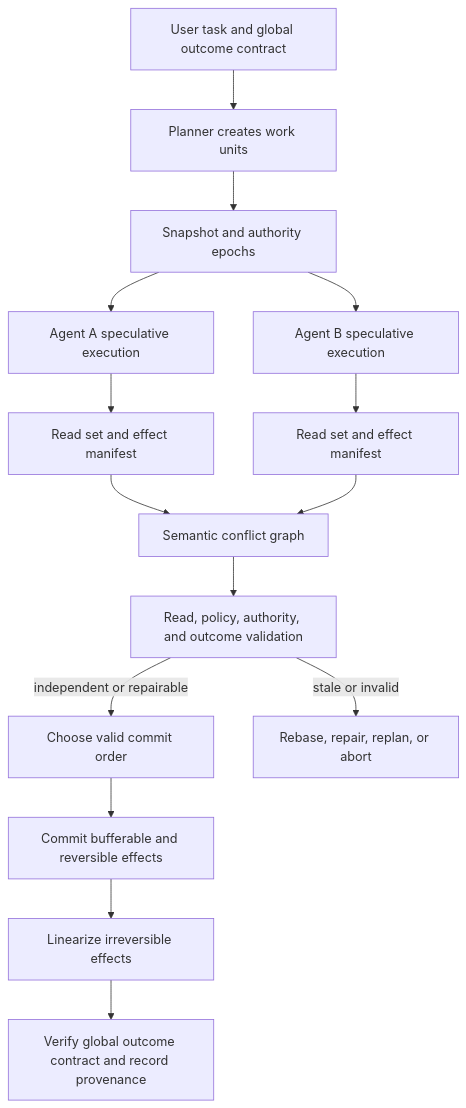
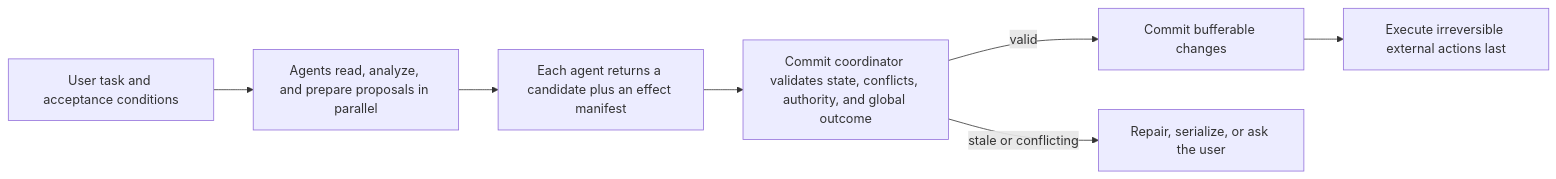
Before and after one commit to eunomia-bpf/eunomia.dev: the diagram in docs/research/parallel-agent-effect-serializability.md, drawn with Mermaid. The commit also changed other lines of this file, not shown here.

Commit message:
Rewrite English parallel agent research for readers

````diff
--- a/docs/research/parallel-agent-effect-serializability.md
+++ b/docs/research/parallel-agent-effect-serializability.md
@@ -245,17 +111,9 @@
 ```mermaid
-flowchart TD
-    U[User task and global outcome contract] --> P[Planner creates work units]
-    P --> X[Snapshot and authority epochs]
-    X --> A[Agent A speculative execution]
-    X --> B[Agent B speculative execution]
-    A --> EA[Read set and effect manifest]
-    B --> EB[Read set and effect manifest]
-    EA --> G[Semantic conflict graph]
-    EB --> G
-    G --> V[Read, policy, authority, and outcome validation]
-    V -->|independent or repairable| O[Choose valid commit order]
-    V -->|stale or invalid| R[Rebase, repair, replan, or abort]
-    O --> C[Commit bufferable and reversible effects]
-    C --> I[Linearize irreversible effects]
-    I --> Q[Verify global outcome contract and record provenance]
+flowchart LR
+    U[User task and acceptance conditions] --> P[Agents read, analyze, and prepare proposals in parallel]
+    P --> M[Each agent returns a candidate plus an effect manifest]
+    M --> V[Commit coordinator validates state, conflicts, authority, and global outcome]
+    V -->|valid| C[Commit bufferable changes]
+    V -->|stale or conflicting| R[Repair, serialize, or ask the user]
+    C --> E[Execute irreversible external actions last]
 ```
````
